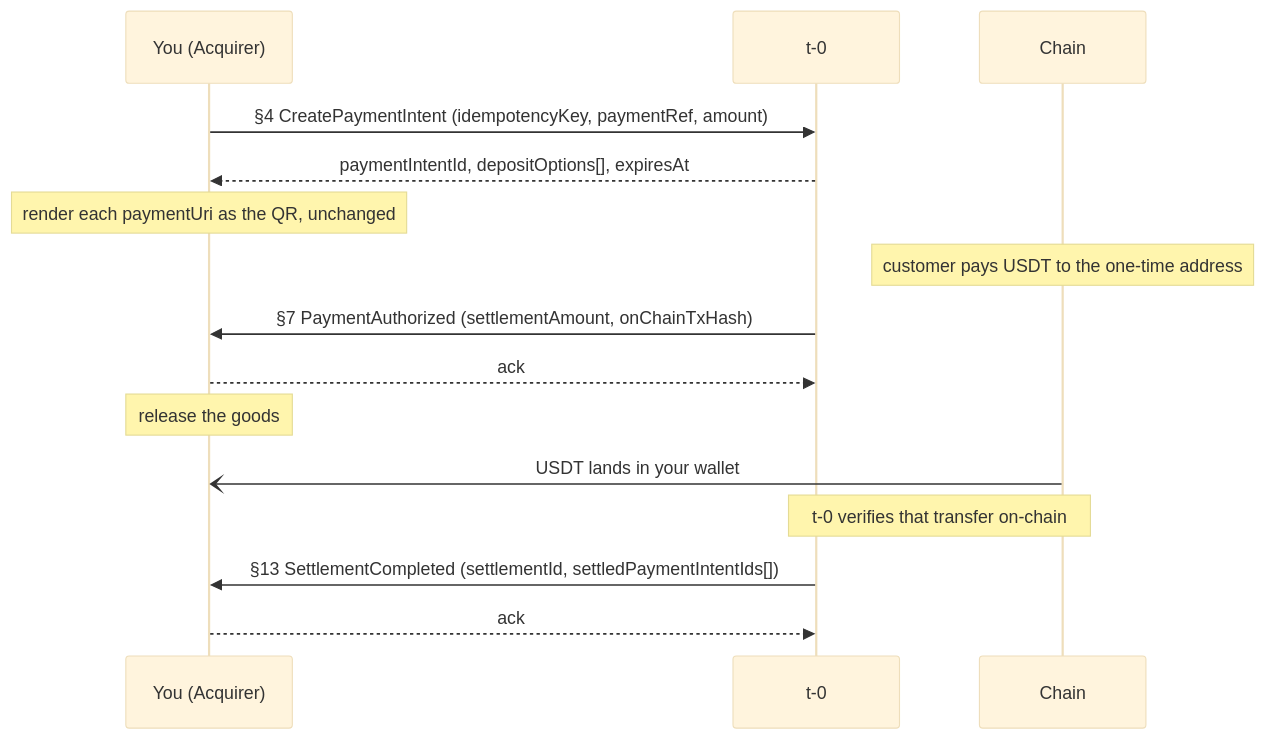
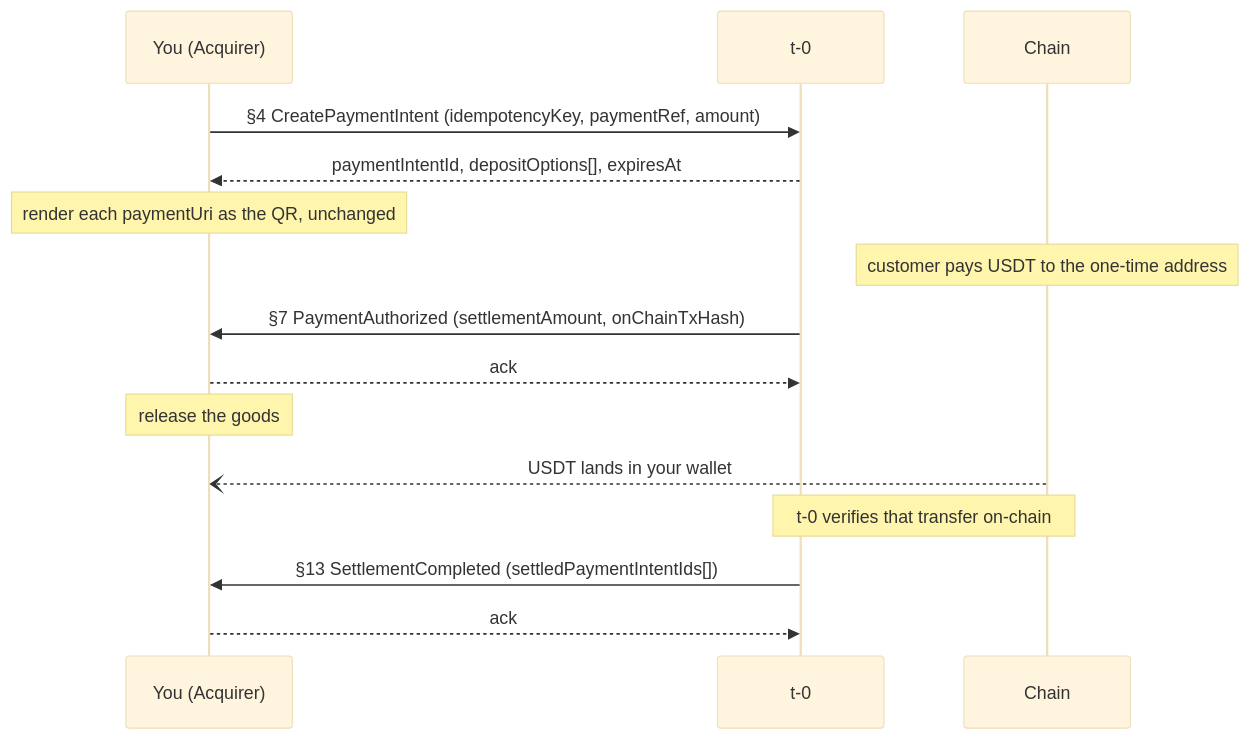
The first of 2 diagrams in content/docs/payments/acquirer.md (t-0-network/usdt-pay-docs), drawn with Mermaid (base theme) before and after one commit. The commit also changed other lines of this file and 2 other files, not shown here.

First line of the commit message:
docs: consensus diagram fixes from Codex and Opus reviews

````diff
--- a/content/docs/payments/acquirer.md
+++ b/content/docs/payments/acquirer.md
@@ -44,17 +44,17 @@
 ```mermaid
 sequenceDiagram
     participant ACQ as You (Acquirer)
     participant T0 as t-0
     participant BC as Chain
     ACQ->>T0: §4 CreatePaymentIntent (idempotencyKey, paymentRef, amount)
     T0-->>ACQ: paymentIntentId, depositOptions[], expiresAt
     Note over ACQ: render each paymentUri as the QR, unchanged
     Note over BC: customer pays USDT to the one-time address
     T0->>ACQ: §7 PaymentAuthorized (settlementAmount, onChainTxHash)
     ACQ-->>T0: ack
     Note over ACQ: release the goods
-    BC-)ACQ: USDT lands in your wallet
+    BC--)ACQ: USDT lands in your wallet
     Note over T0,BC: t-0 verifies that transfer on-chain
-    T0->>ACQ: §13 SettlementCompleted (settlementId, settledPaymentIntentIds[])
+    T0->>ACQ: §13 SettlementCompleted (settledPaymentIntentIds[])
     ACQ-->>T0: ack
 ```
````
